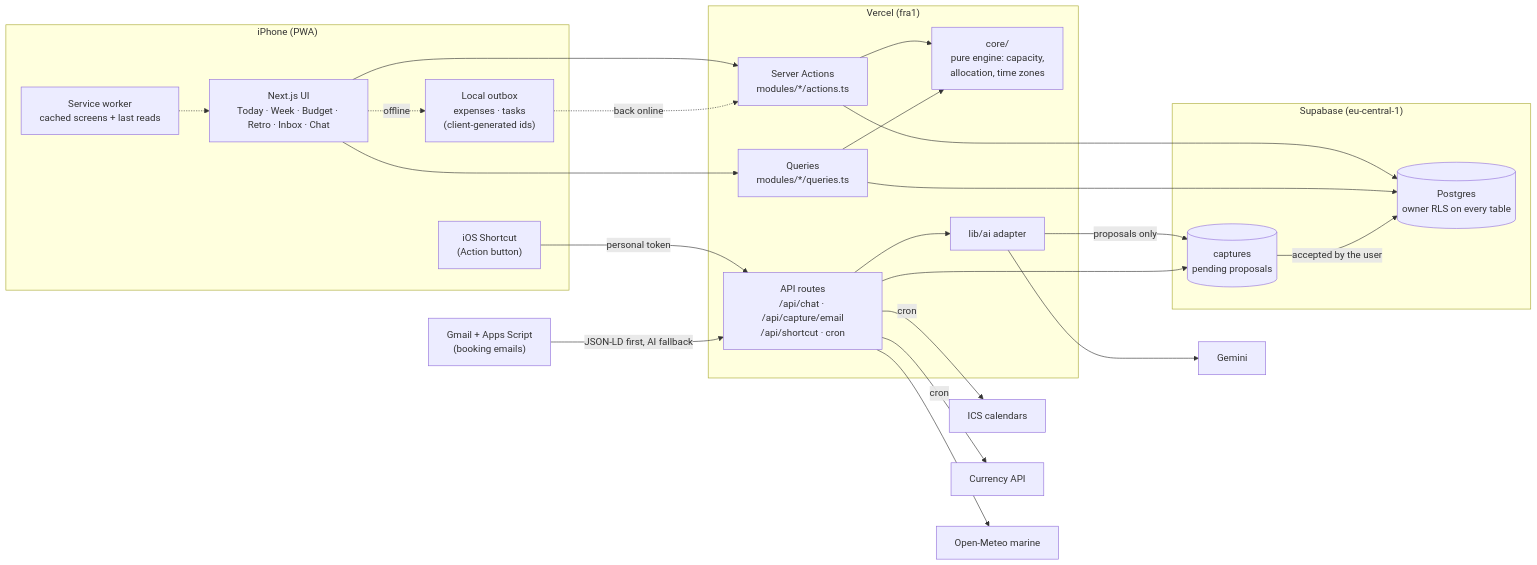
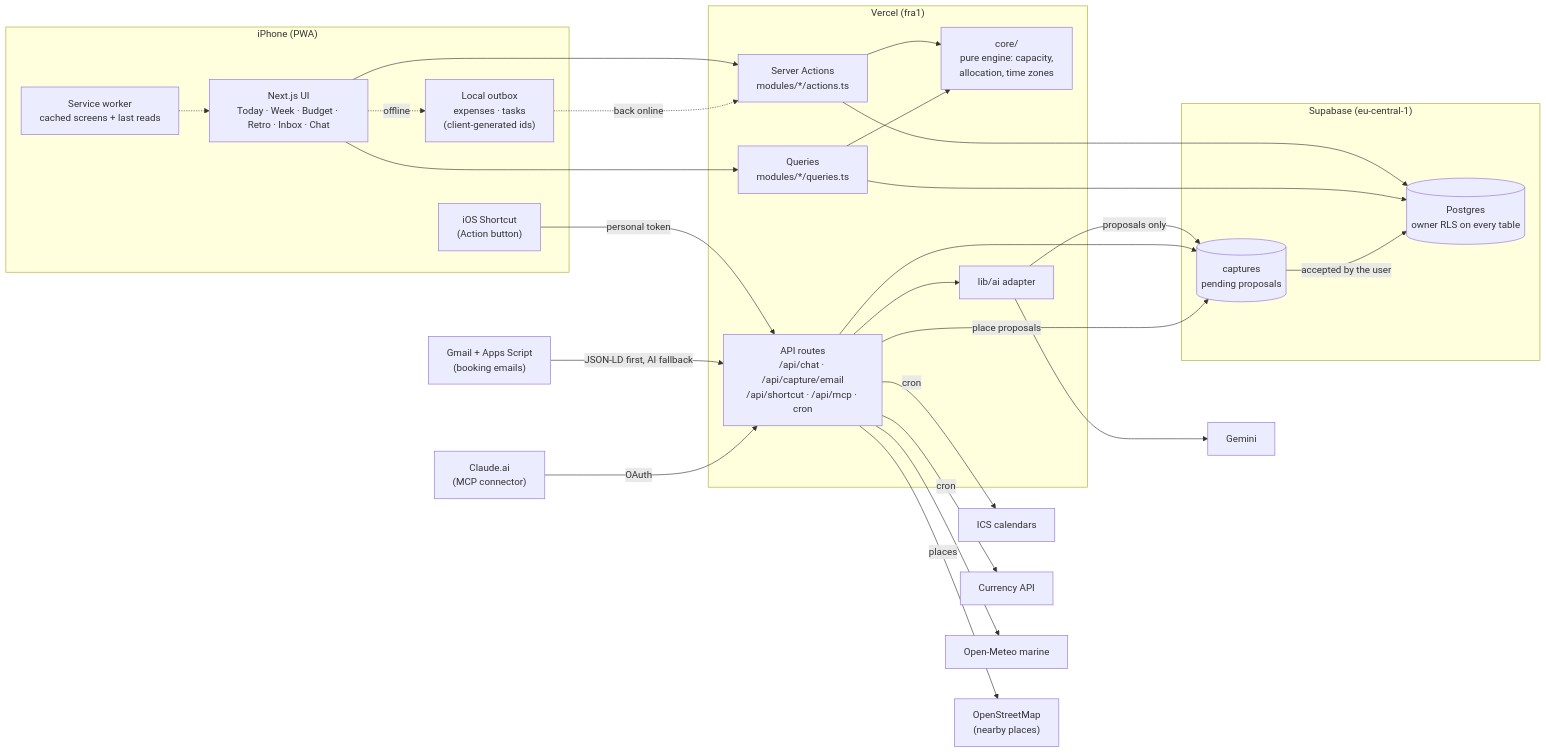
Before and after one commit to neoanvroin-eng/flow-showcase: the diagram in README.md, drawn with Mermaid. The commit also changed other lines of this file and 9 other files, not shown here.

Commit message:
Update showcase to Oct 11: Today without the free time card, assistant from the top bar, Claude connector and expense places, refreshed captures, slides and numbers

````diff
--- a/README.md
+++ b/README.md
@@ -41,41 +41,46 @@
 ```mermaid
 flowchart LR
   subgraph Phone["iPhone (PWA)"]
     UI["Next.js UI<br/>Today · Week · Budget · Retro · Inbox · Chat"]
     SW["Service worker<br/>cached screens + last reads"]
     Q["Local outbox<br/>expenses · tasks<br/>(client-generated ids)"]
     SC["iOS Shortcut<br/>(Action button)"]
   end
 
   subgraph Vercel["Vercel (fra1)"]
     SA["Server Actions<br/>modules/*/actions.ts"]
     QR["Queries<br/>modules/*/queries.ts"]
     CORE["core/<br/>pure engine: capacity,<br/>allocation, time zones"]
     AI["lib/ai adapter"]
-    API["API routes<br/>/api/chat · /api/capture/email<br/>/api/shortcut · cron"]
+    API["API routes<br/>/api/chat · /api/capture/email<br/>/api/shortcut · /api/mcp · cron"]
   end
 
   subgraph Supabase["Supabase (eu-central-1)"]
     DB[("Postgres<br/>owner RLS on every table")]
     CAP[("captures<br/>pending proposals")]
   end
 
   GEM["Gemini"]
   GAS["Gmail + Apps Script<br/>(booking emails)"]
   ICS["ICS calendars"]
   FX["Currency API"]
   OM["Open-Meteo marine"]
+  CL["Claude.ai<br/>(MCP connector)"]
+  OSM["OpenStreetMap<br/>(nearby places)"]
 
   UI --> SA & QR
   UI -. offline .-> Q -. back online .-> SA
   SW -.-> UI
   SC -- personal token --> API
   SA & QR --> CORE
   SA & QR --> DB
   API --> AI --> GEM
   AI -- proposals only --> CAP
   GAS -- JSON-LD first, AI fallback --> API --> CAP
   CAP -- accepted by the user --> DB
   API -- cron --> ICS & FX
   API --> OM
+  CL -- OAuth --> API
+  API -- places --> OSM
+  API -- place proposals --> CAP
 ```
````
